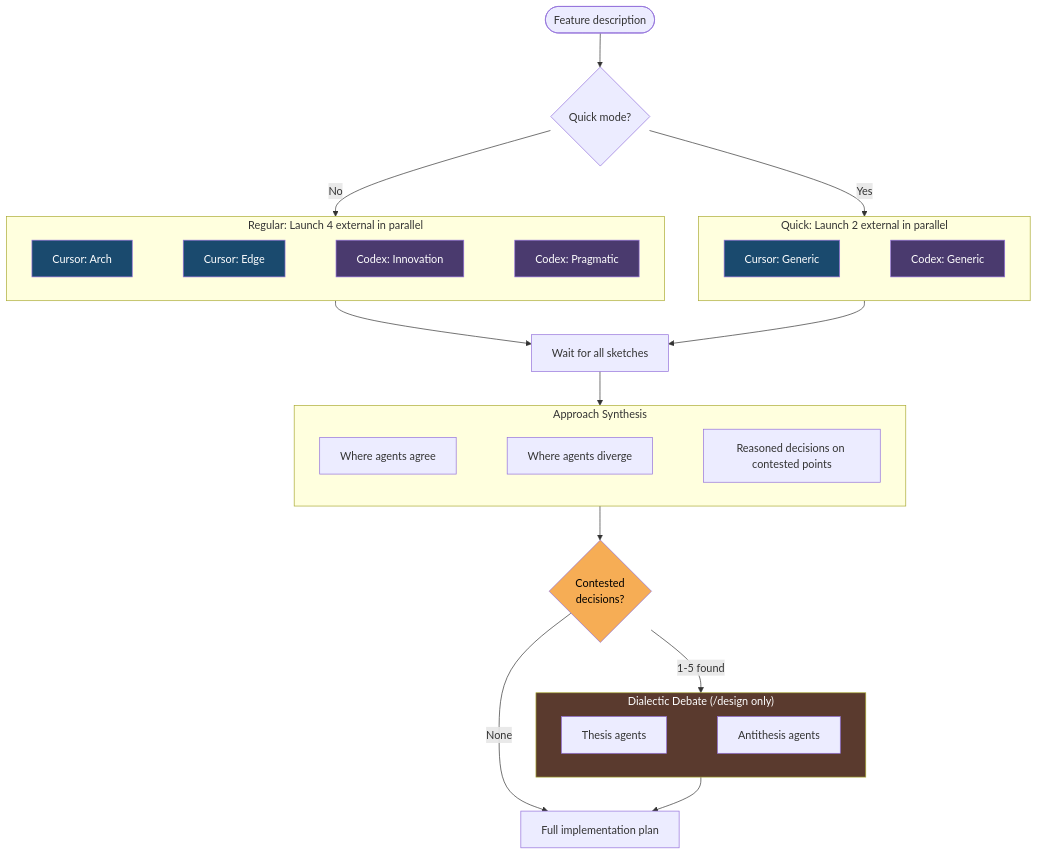
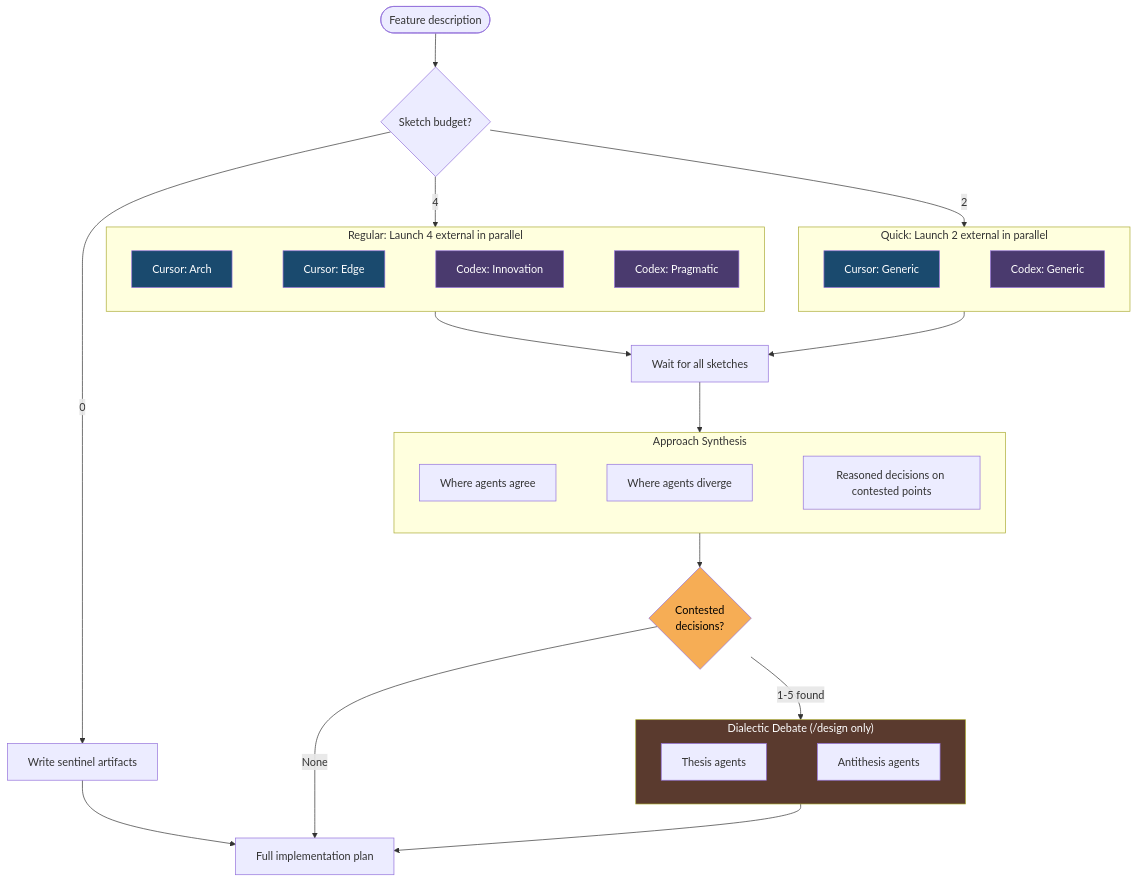
Before and after one commit to character-ai/larch: the diagram in docs/collaborative-sketches.md, drawn with Mermaid. The commit also changed other lines of this file and 24 other files, not shown here.

````diff
--- a/docs/collaborative-sketches.md
+++ b/docs/collaborative-sketches.md
@@ -57,47 +61,49 @@
 ```mermaid
 flowchart TD
-    START([Feature description]) --> MODE{Quick mode?}
-    MODE -->|No| LAUNCH_REG
-    MODE -->|Yes| LAUNCH_QUICK
+    START([Feature description]) --> ROUTER{Sketch budget?}
+    ROUTER -->|4| LAUNCH_REG
+    ROUTER -->|2| LAUNCH_QUICK
+    ROUTER -->|0| SENTINEL[Write sentinel artifacts]
 
     subgraph LAUNCH_REG["Regular: Launch 4 external in parallel"]
         direction LR
         CA[Cursor: Arch] ~~~ CE[Cursor: Edge]
         CE ~~~ XI[Codex: Innovation]
         XI ~~~ XP[Codex: Pragmatic]
     end
 
     subgraph LAUNCH_QUICK["Quick: Launch 2 external in parallel"]
         direction LR
         CG[Cursor: Generic] ~~~ XG[Codex: Generic]
     end
 
     LAUNCH_REG --> WAIT[Wait for all sketches]
     LAUNCH_QUICK --> WAIT
     WAIT --> SYNTHESIS[Synthesis]
+    SENTINEL --> PLAN[Full implementation plan]
 
     subgraph SYNTHESIS["Approach Synthesis"]
         AGREE[Where agents agree] ~~~ DIVERGE[Where agents diverge]
         DIVERGE ~~~ DECISION[Reasoned decisions on contested points]
     end
 
     SYNTHESIS --> CHECK{Contested\ndecisions?}
     CHECK -->|None| PLAN[Full implementation plan]
     CHECK -->|1-5 found| DIALECTIC
 
     subgraph DIALECTIC["Dialectic Debate (/design only)"]
         direction LR
         THESIS[Thesis agents] ~~~ ANTITHESIS[Antithesis agents]
     end
 
     DIALECTIC --> PLAN
 
     style CA fill:#1a4a6e,color:#fff
     style CE fill:#1a4a6e,color:#fff
     style XI fill:#4a3a6e,color:#fff
     style XP fill:#4a3a6e,color:#fff
     style CG fill:#1a4a6e,color:#fff
     style XG fill:#4a3a6e,color:#fff
     style DIALECTIC fill:#5a3a2e,color:#fff
     style CHECK fill:#f6ad55,color:#000
 ```
````
